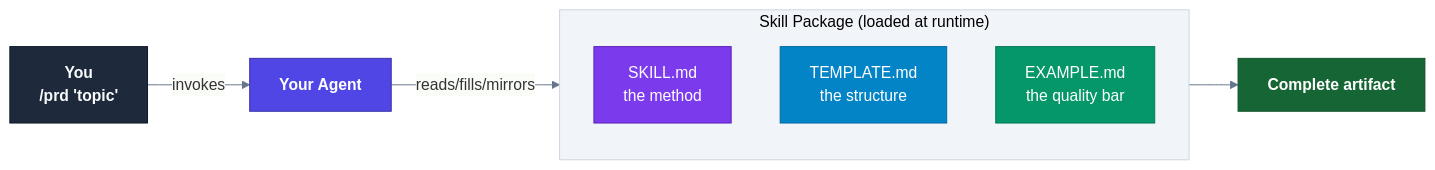
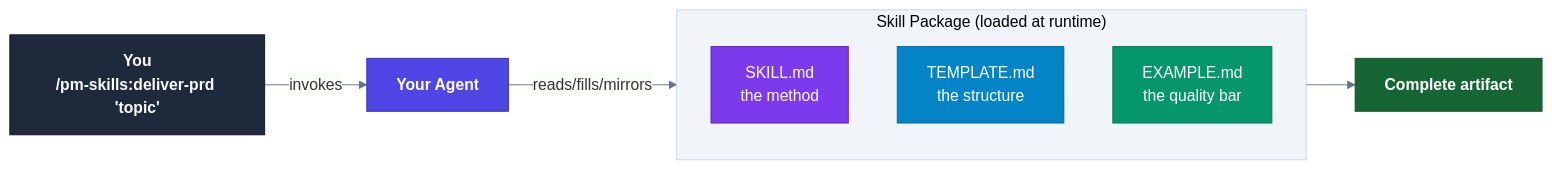
One commit to product-on-purpose/pm-skills changed the third of 27 diagrams in docs/internal/diagrams/mermaid-styled-examples.md. Above: the diagram before and after it, drawn with Mermaid. The commit also changed other lines of this file and 4 other files, not shown here.

````diff
--- a/docs/internal/diagrams/mermaid-styled-examples.md
+++ b/docs/internal/diagrams/mermaid-styled-examples.md
@@ -97,24 +97,24 @@
 ```mermaid
 %%{init: {'theme': 'base', 'themeVariables': {'primaryColor': '#f8fafc', 'primaryBorderColor': '#cbd5e1', 'lineColor': '#64748b', 'clusterBkg': '#f1f5f9', 'clusterBorder': '#cbd5e1'}}}%%
 flowchart LR
     classDef user fill:#1e293b,stroke:#0f172a,color:#f8fafc,font-weight:bold
     classDef agent fill:#4f46e5,stroke:#3730a3,color:#fff,font-weight:bold
     classDef skillFile fill:#7c3aed,stroke:#5b21b6,color:#fff
     classDef templateFile fill:#0284c7,stroke:#0369a1,color:#fff
     classDef exampleFile fill:#059669,stroke:#047857,color:#fff
     classDef output fill:#166534,stroke:#14532d,color:#fff,font-weight:bold
 
-    User["You<br/>/prd 'topic'"]:::user
+    User["You<br/>/pm-skills:deliver-prd 'topic'"]:::user
     Agent["Your Agent"]:::agent
     subgraph Files["Skill Package (loaded at runtime)"]
         direction TB
         SKILL["SKILL.md<br/>the method"]:::skillFile
         TEMPLATE["TEMPLATE.md<br/>the structure"]:::templateFile
         EXAMPLE["EXAMPLE.md<br/>the quality bar"]:::exampleFile
     end
     Output["Complete artifact"]:::output
 
     User -- invokes --> Agent
     Agent -- reads/fills/mirrors --> Files
     Files --> Output
 ```
````
